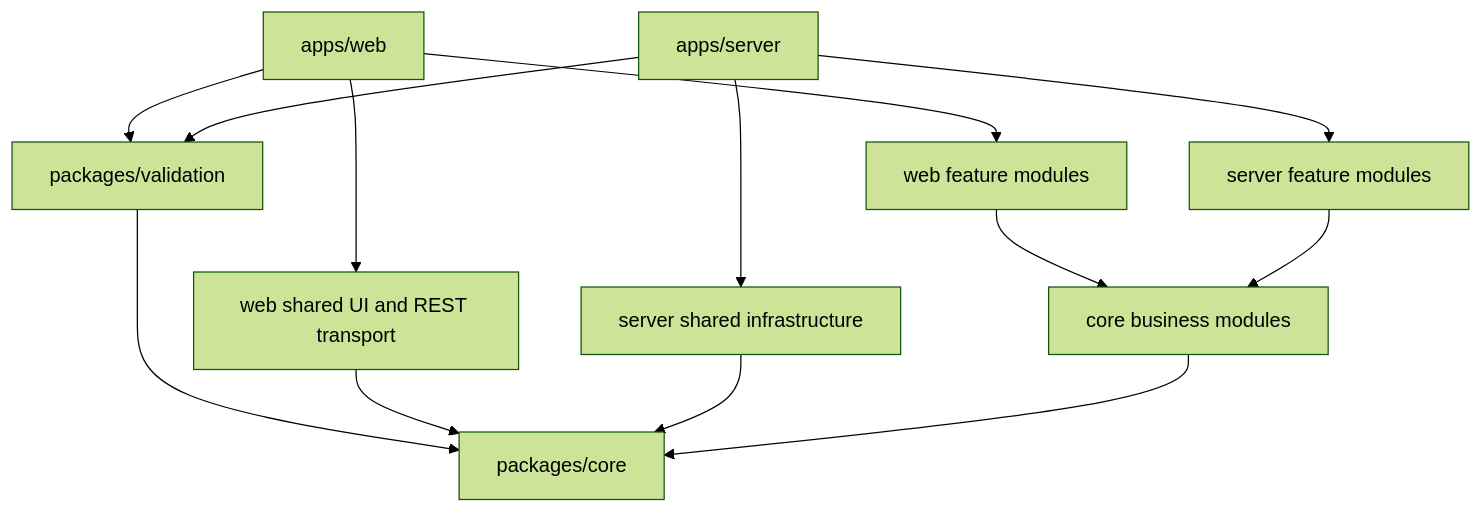
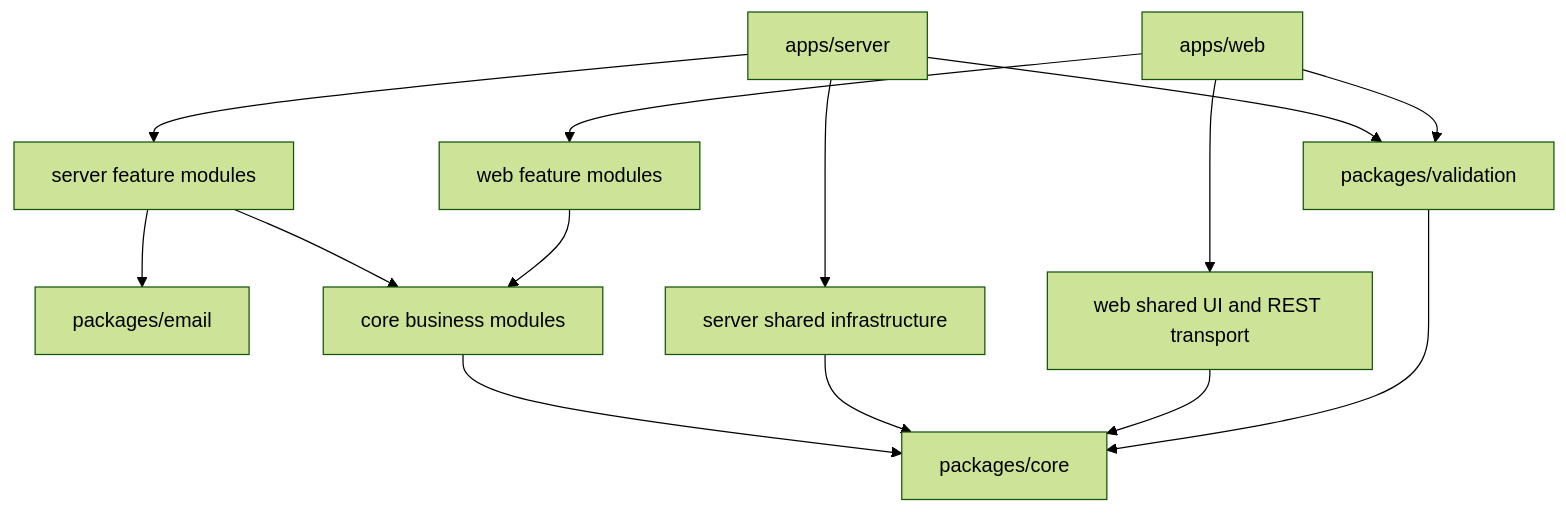
The second of 4 diagrams in documentation/architecture.md (rafinel/scoops), drawn with Mermaid (forest theme) before and after one commit. The commit also changed other lines of this file and 416 other files, not shown here.

````diff
--- a/documentation/architecture.md
+++ b/documentation/architecture.md
@@ -137,25 +141,27 @@
 ```mermaid
 flowchart TB
   web["apps/web"]
   server["apps/server"]
   core["packages/core"]
   validation["packages/validation"]
+  email["packages/email"]
   webShared["web shared UI and REST transport"]
   serverShared["server shared infrastructure"]
   webFeature["web feature modules"]
   serverFeature["server feature modules"]
   coreFeature["core business modules"]
 
   web --> webShared
   web --> webFeature
   server --> serverShared
   server --> serverFeature
   webFeature --> coreFeature
   serverFeature --> coreFeature
+  serverFeature --> email
   web --> validation
   server --> validation
   validation --> core
   webShared --> core
   serverShared --> core
   coreFeature --> core
 ```
````
